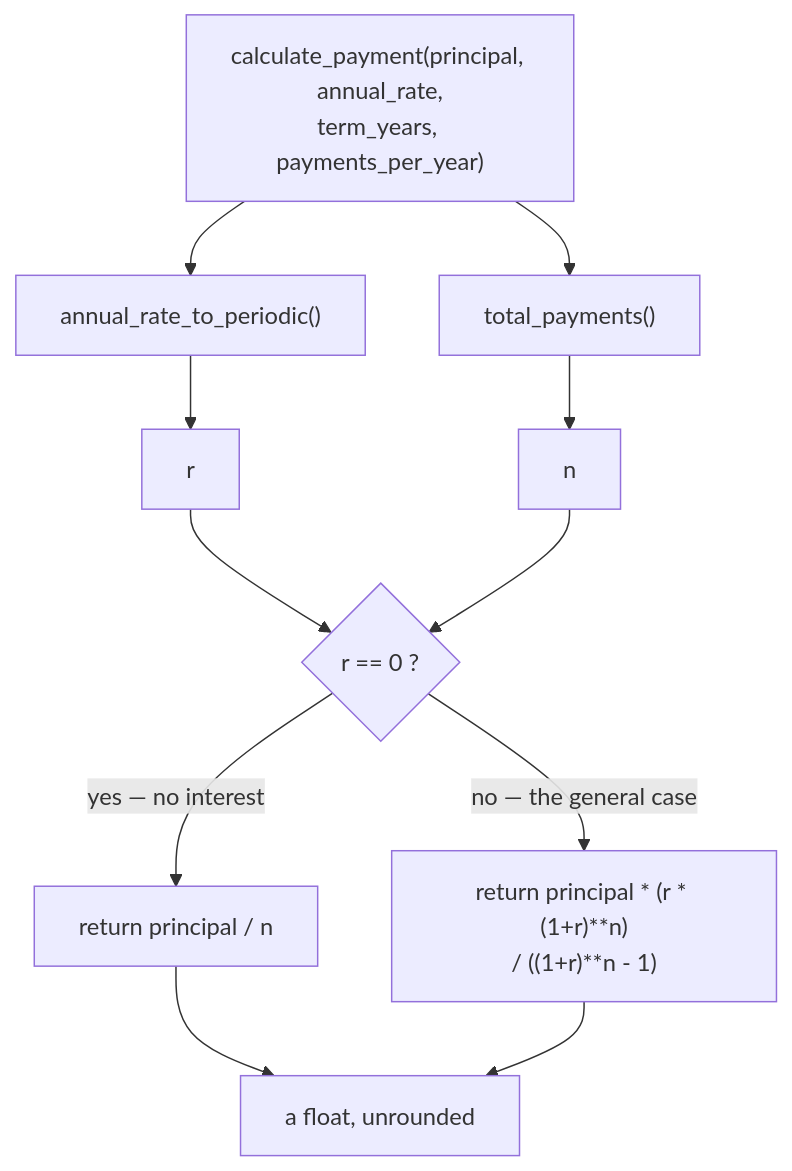
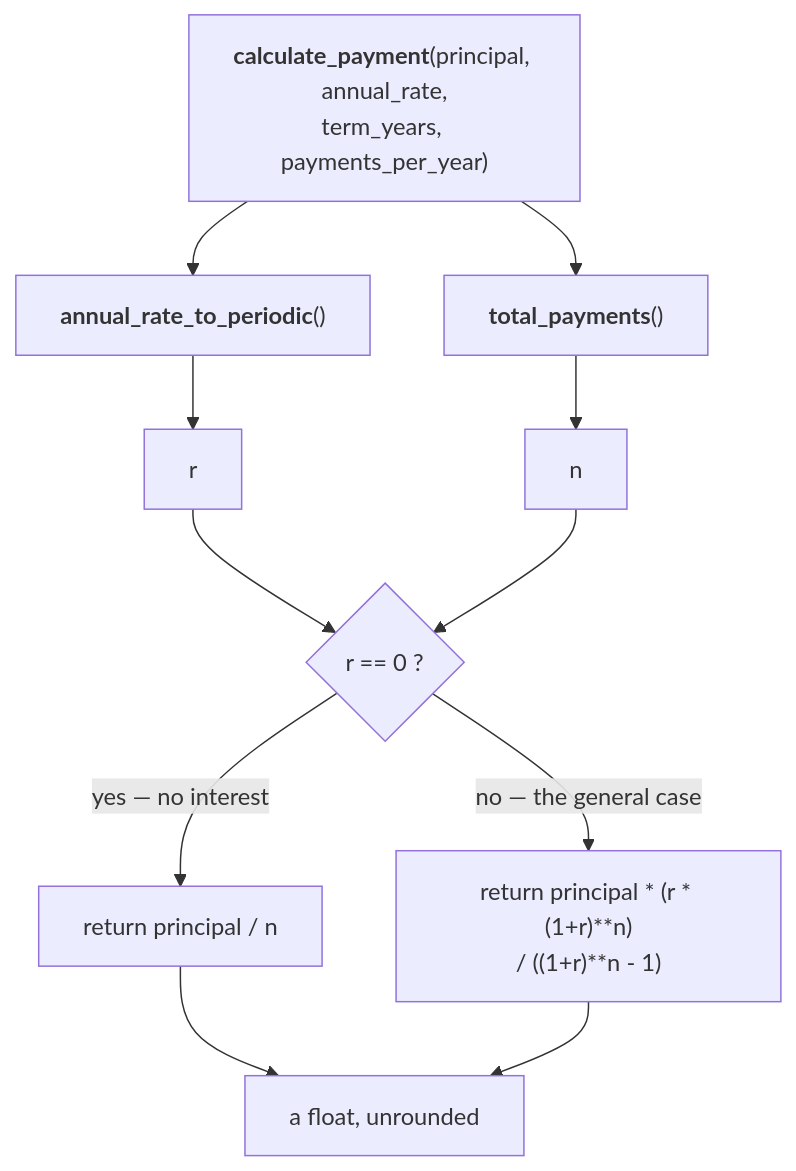
The diagram in manuscript/07-math-core-library.md (rioffe/intro_to_ai_software_engineering), drawn with Mermaid before and after one commit. The commit also changed 17 other files, not shown here.

First line of the commit message:
Diagram readability pass, and keep diagrams with their intro sentence

````diff
--- a/manuscript/07-math-core-library.md
+++ b/manuscript/07-math-core-library.md
@@ -84,18 +84,18 @@
 ```mermaid
 flowchart TD
-    CALL["calculate_payment(principal, annual_rate,<br/>term_years, payments_per_year)"]
+    CALL["<b>calculate_payment</b>(principal, annual_rate,<br/>term_years, payments_per_year)"]
 
-    CALL --> H1["annual_rate_to_periodic()"]
-    CALL --> H2["total_payments()"]
+    CALL --> H1["<b>annual_rate_to_periodic</b>()"]
+    CALL --> H2["<b>total_payments</b>()"]
     H1 --> R["r"]
     H2 --> N["n"]
 
     R --> Q{"r == 0 ?"}
     N --> Q
 
     Q -->|"yes — no interest"| ZERO["return principal / n"]
     Q -->|"no — the general case"| GEN["return principal * (r * (1+r)**n)<br/>/ ((1+r)**n - 1)"]
 
     ZERO --> OUT["a float, unrounded"]
     GEN --> OUT
 ```
````
